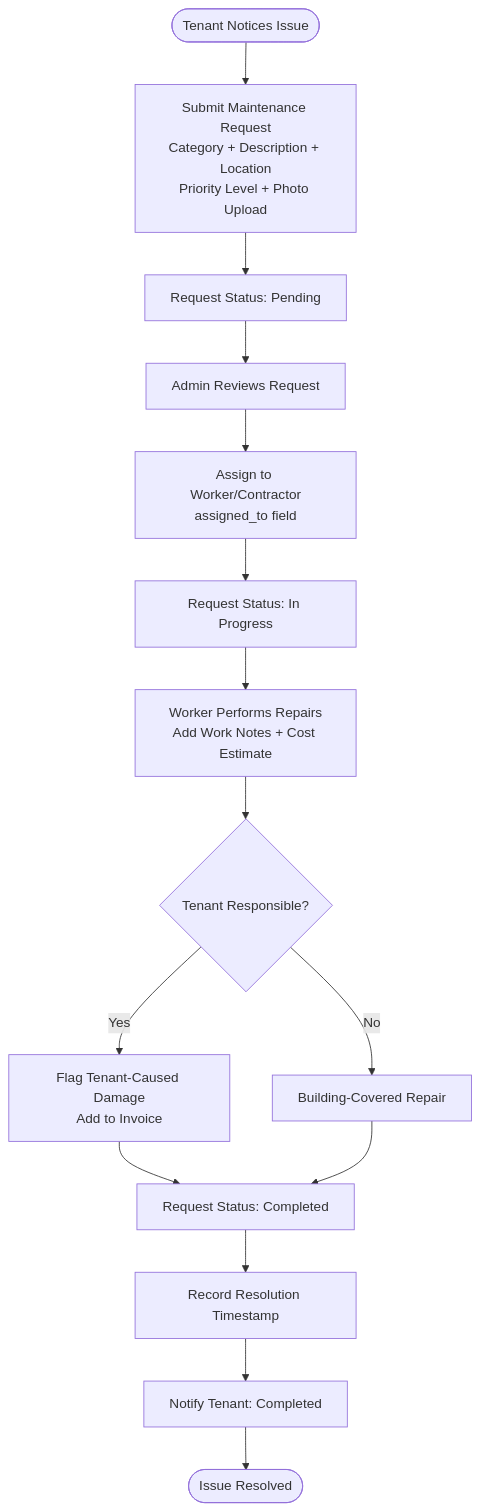
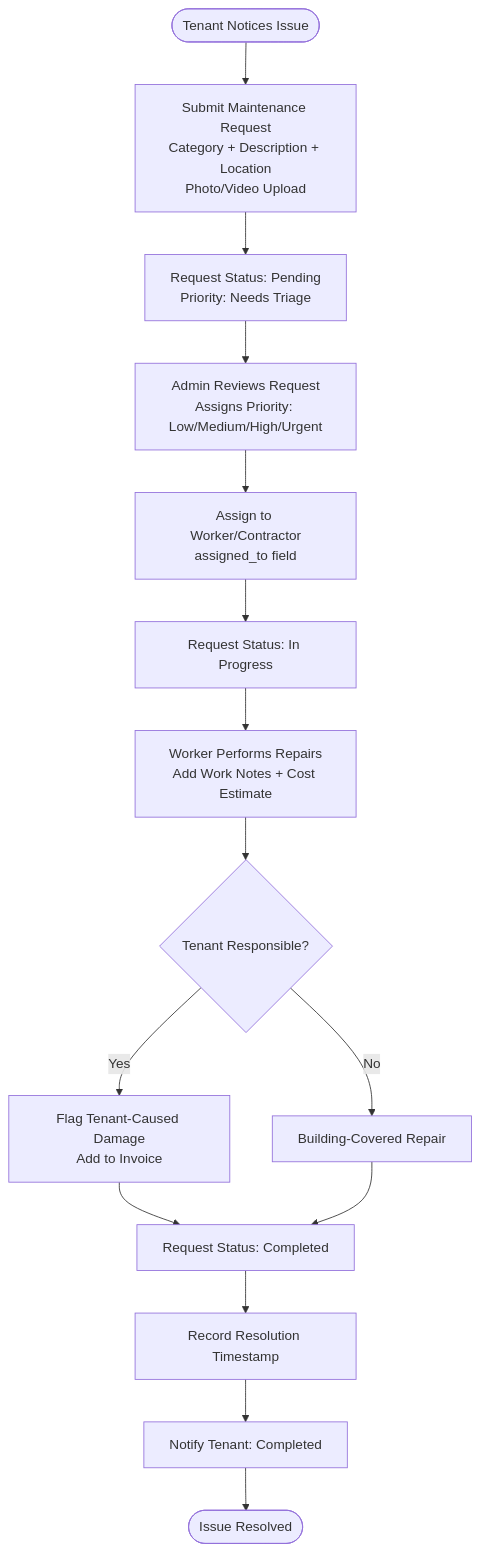
One commit to Keonbe/ApartmentManagementSystem_React changed the fifth of 11 diagrams in docs/features/panelist_feature_checklist.md. Above: the diagram before and after it, drawn with Mermaid. The commit also changed other lines of this file and 33 other files, not shown here.

````diff
--- a/docs/features/panelist_feature_checklist.md
+++ b/docs/features/panelist_feature_checklist.md
@@ -196,17 +196,17 @@
 ```mermaid
 flowchart TD
-    A(["Tenant Notices Issue"]) --> B["Submit Maintenance Request<br/>Category + Description + Location<br/>Priority Level + Photo Upload"]
-    B --> C["Request Status: Pending"]
-    C --> D["Admin Reviews Request"]
+    A(["Tenant Notices Issue"]) --> B["Submit Maintenance Request<br/>Category + Description + Location<br/>Photo/Video Upload"]
+    B --> C["Request Status: Pending<br/>Priority: Needs Triage"]
+    C --> D["Admin Reviews Request<br/>Assigns Priority: Low/Medium/High/Urgent"]
     D --> E["Assign to Worker/Contractor<br/>assigned_to field"]
     E --> F["Request Status: In Progress"]
     F --> G["Worker Performs Repairs<br/>Add Work Notes + Cost Estimate"]
     G --> H{"Tenant Responsible?"}
     H -->|Yes| I["Flag Tenant-Caused Damage<br/>Add to Invoice"]
     H -->|No| J["Building-Covered Repair"]
     I --> K["Request Status: Completed"]
     J --> K
     K --> L["Record Resolution Timestamp"]
     L --> M["Notify Tenant: Completed"]
     M --> N(["Issue Resolved"])
 ```
````
